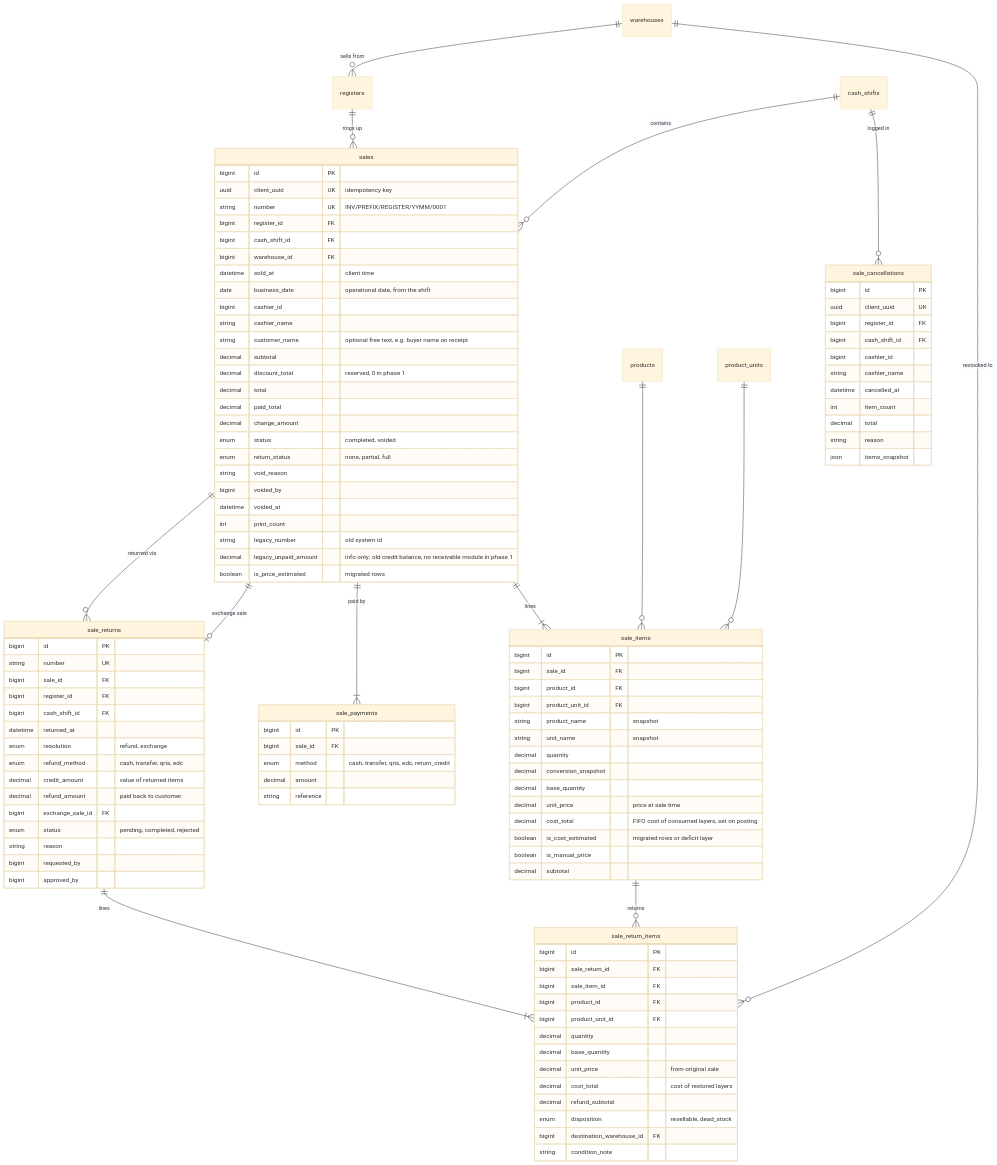
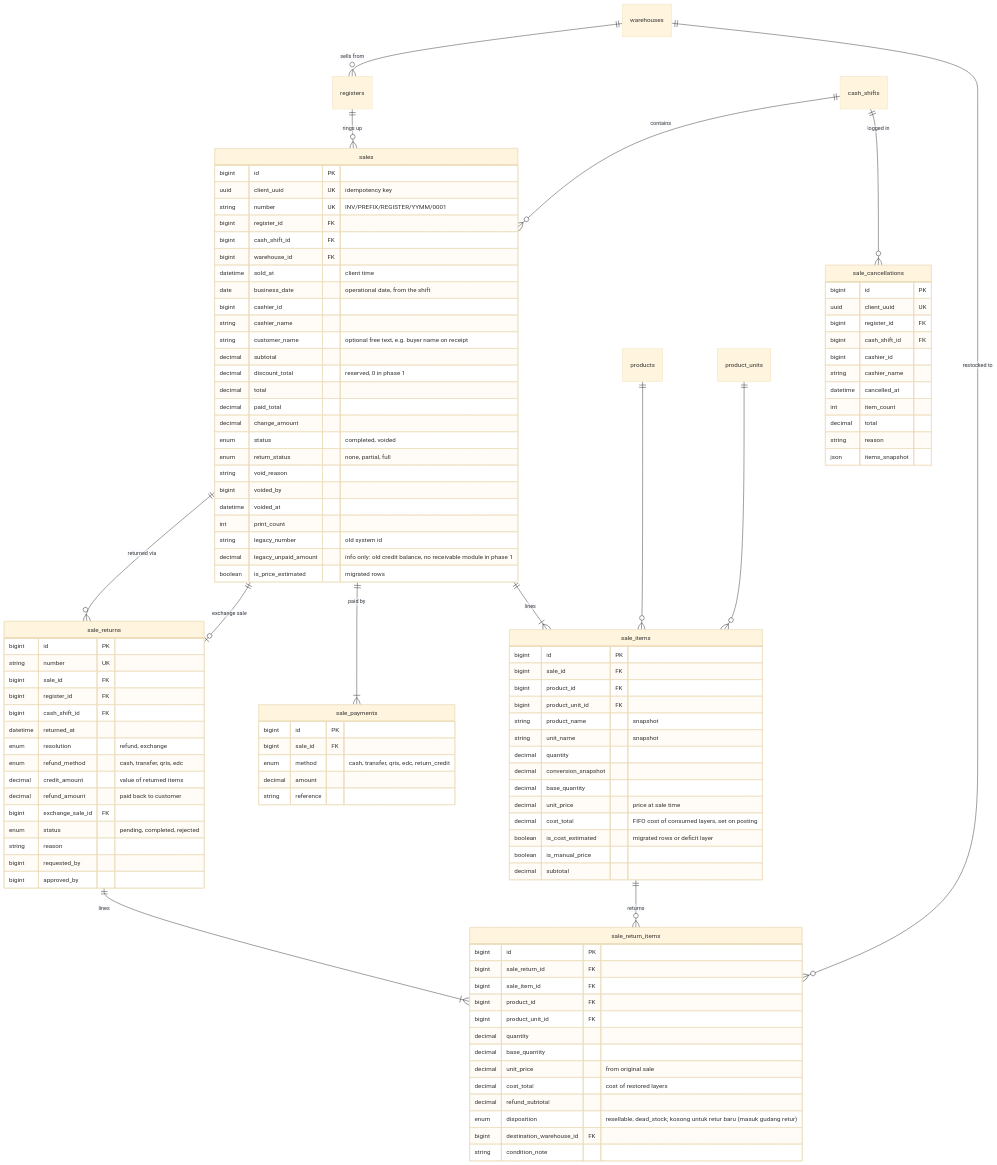
One commit to aliefpraditya/store-management changed diagram 27 of 30 in docs/analisis-sistem.md. Above: the diagram before and after it, drawn with Mermaid (base theme). The commit also changed other lines of this file and 36 other files, not shown here.

```diff
--- a/docs/analisis-sistem.md
+++ b/docs/analisis-sistem.md
@@ -1460,7 +1460,7 @@
         decimal unit_price "from original sale"
         decimal cost_total "cost of restored layers"
         decimal refund_subtotal
-        enum disposition "resellable, dead_stock"
+        enum disposition "resellable, dead_stock; kosong untuk retur baru (masuk gudang retur)"
         bigint destination_warehouse_id FK
         string condition_note
     }
```
